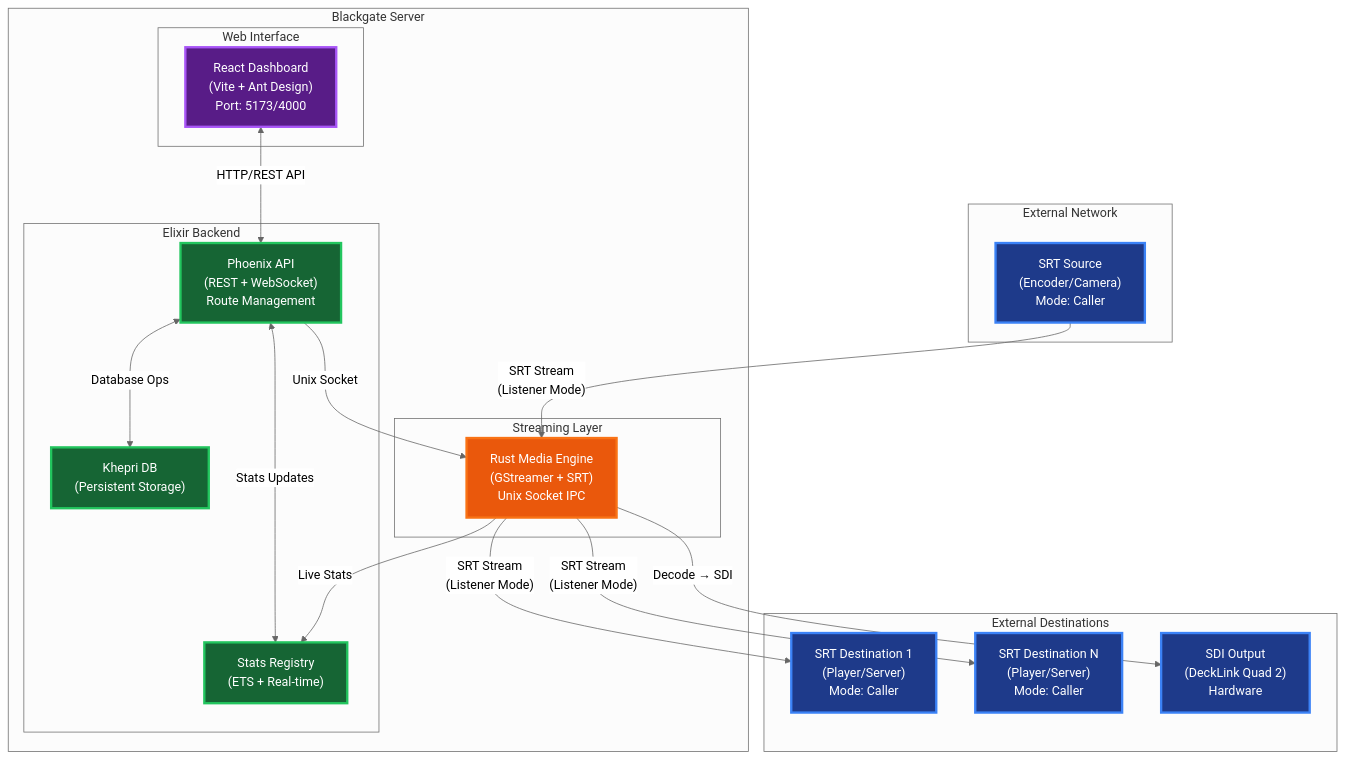
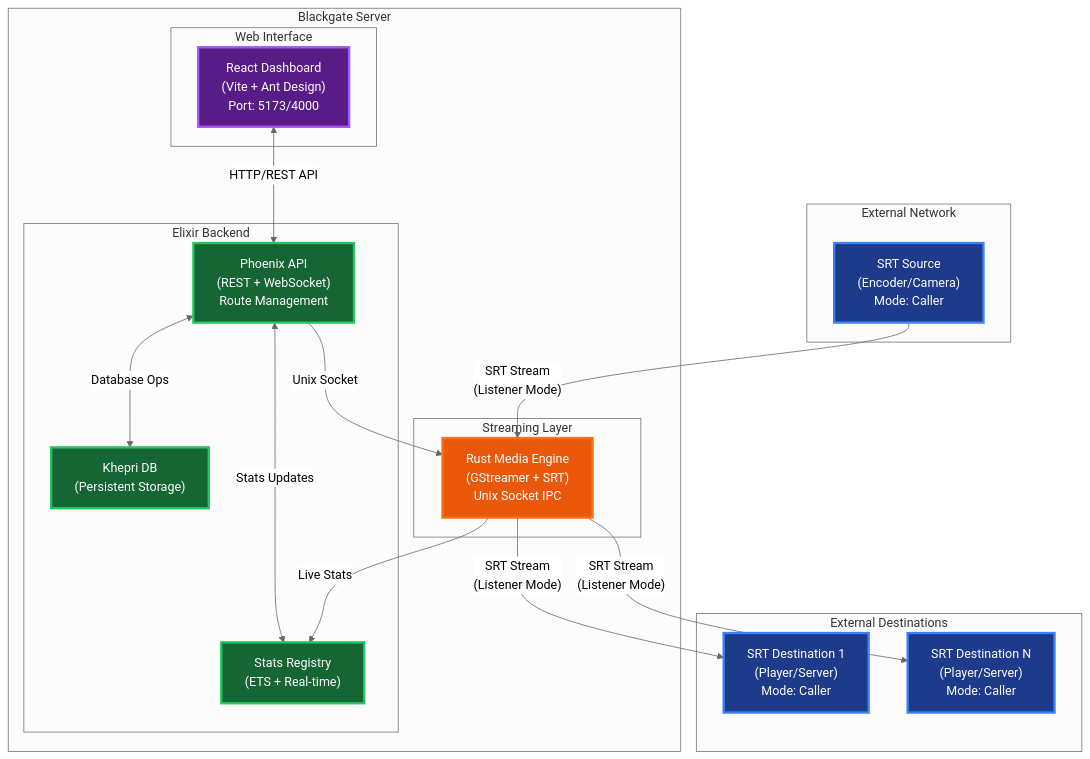
The first of 4 diagrams in README.md (visual-alchemy/blackgate-project), drawn with Mermaid (neutral theme) before and after one commit. The commit also changed other lines of this file and 18 other files, not shown here.

````diff
--- a/README.md
+++ b/README.md
@@ -103,49 +97,47 @@
 ```mermaid
 graph TB
     subgraph "External Network"
         A["SRT Source<br/>(Encoder/Camera)<br/>Mode: Caller"]
     end
     
     subgraph "Blackgate Server"
         subgraph "Web Interface"
             B["React Dashboard<br/>(Vite + Ant Design)<br/>Port: 5173/4000"]
         end
         
         subgraph "Elixir Backend"
             C["Phoenix API<br/>(REST + WebSocket)<br/>Route Management"]
             D["Stats Registry<br/>(ETS + Real-time)"]
             E["Khepri DB<br/>(Persistent Storage)"]
         end
         
         subgraph "Streaming Layer"
             F["Rust Media Engine<br/>(GStreamer + SRT)<br/>Unix Socket IPC"]
         end
     end
     
     subgraph "External Destinations"
         G["SRT Destination 1<br/>(Player/Server)<br/>Mode: Caller"]
         H["SRT Destination N<br/>(Player/Server)<br/>Mode: Caller"]
-        I["SDI Output<br/>(DeckLink Quad 2)<br/>Hardware"]
     end
     
     A -->|"SRT Stream<br/>(Listener Mode)"| F
     F -->|"SRT Stream<br/>(Listener Mode)"| G
     F -->|"SRT Stream<br/>(Listener Mode)"| H
-    F -->|"Decode → SDI"| I
     
     B <-->|"HTTP/REST API"| C
     C <-->|"Database Ops"| E
     C <-->|"Stats Updates"| D
     C -->|"Unix Socket"| F
     F -->|"Live Stats"| D
     
     classDef external fill:#1e3a8a,stroke:#3b82f6,stroke-width:3px,color:#ffffff
     classDef ui fill:#581c87,stroke:#a855f7,stroke-width:3px,color:#ffffff
     classDef backend fill:#166534,stroke:#22c55e,stroke-width:3px,color:#ffffff
     classDef streaming fill:#ea580c,stroke:#f97316,stroke-width:3px,color:#ffffff
     
     class A,G,H,I external
     class B ui
     class C,D,E backend
     class F streaming
 ```
````
